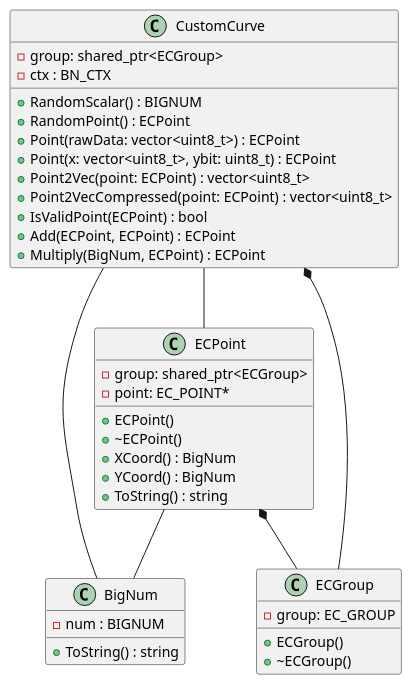
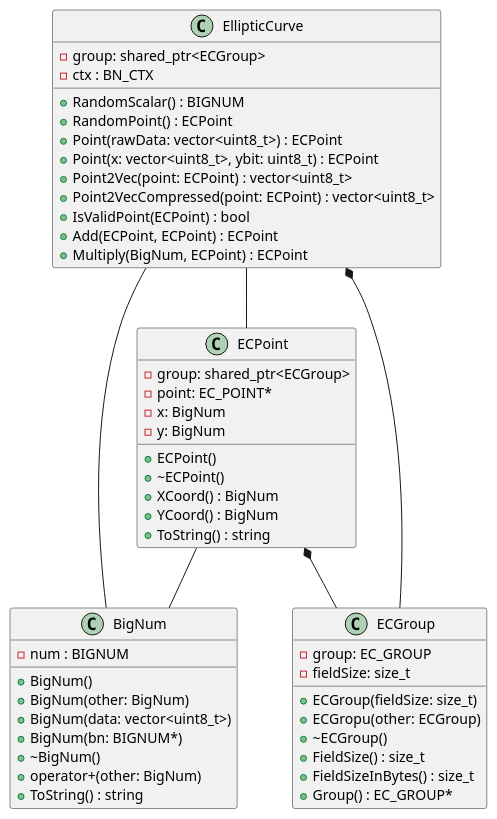
One commit to ilwoong/EccOpenSSL changed the diagram in uml/ecc.pu. Above: the diagram before and after it, drawn with PlantUML. The commit also changed 14 other files, not shown here.

Commit message:
Refactor ecc - CustomCurve renamed to EllipticCurve - Add ECGroupGFp and ECGroupGF2m - Add ECBuilder

```diff
--- a/uml/ecc.pu
+++ b/uml/ecc.pu
@@ -1,47 +1,60 @@
 @startuml
 
 class BigNum {
     -num : BIGNUM
+    +BigNum()
+    +BigNum(other: BigNum)
+    +BigNum(data: vector<uint8_t>)
+    +BigNum(bn: BIGNUM*)
+    +~BigNum()
+    +operator+(other: BigNum)
     +ToString() : string
 }
 
 class ECGroup {
     -group: EC_GROUP
-    +ECGroup()
+    -fieldSize: size_t
+    +ECGroup(fieldSize: size_t)
+    +ECGropu(other: ECGroup)
     +~ECGroup()
+    +FieldSize() : size_t
+    +FieldSizeInBytes() : size_t
+    +Group() : EC_GROUP*
 }
 
 class ECPoint {
     -group: shared_ptr<ECGroup>
     -point: EC_POINT*
+    -x: BigNum
+    -y: BigNum
 
     +ECPoint()
     +~ECPoint()
     +XCoord() : BigNum
     +YCoord() : BigNum
     +ToString() : string
 }
 
-class CustomCurve {
+class EllipticCurve {
     -group: shared_ptr<ECGroup>
     -ctx : BN_CTX
 
     +RandomScalar() : BIGNUM
     +RandomPoint() : ECPoint
     +Point(rawData: vector<uint8_t>) : ECPoint
     +Point(x: vector<uint8_t>, ybit: uint8_t) : ECPoint
     +Point2Vec(point: ECPoint) : vector<uint8_t>
     +Point2VecCompressed(point: ECPoint) : vector<uint8_t>
     +IsValidPoint(ECPoint) : bool
     +Add(ECPoint, ECPoint) : ECPoint
     +Multiply(BigNum, ECPoint) : ECPoint
 }
 
-CustomCurve *-- ECGroup
-CustomCurve -- ECPoint
-CustomCurve -- BigNum
+EllipticCurve *-- ECGroup
+EllipticCurve -- ECPoint
+EllipticCurve -- BigNum
 
 ECPoint *-- ECGroup
 ECPoint -- BigNum
 
 @enduml
```
